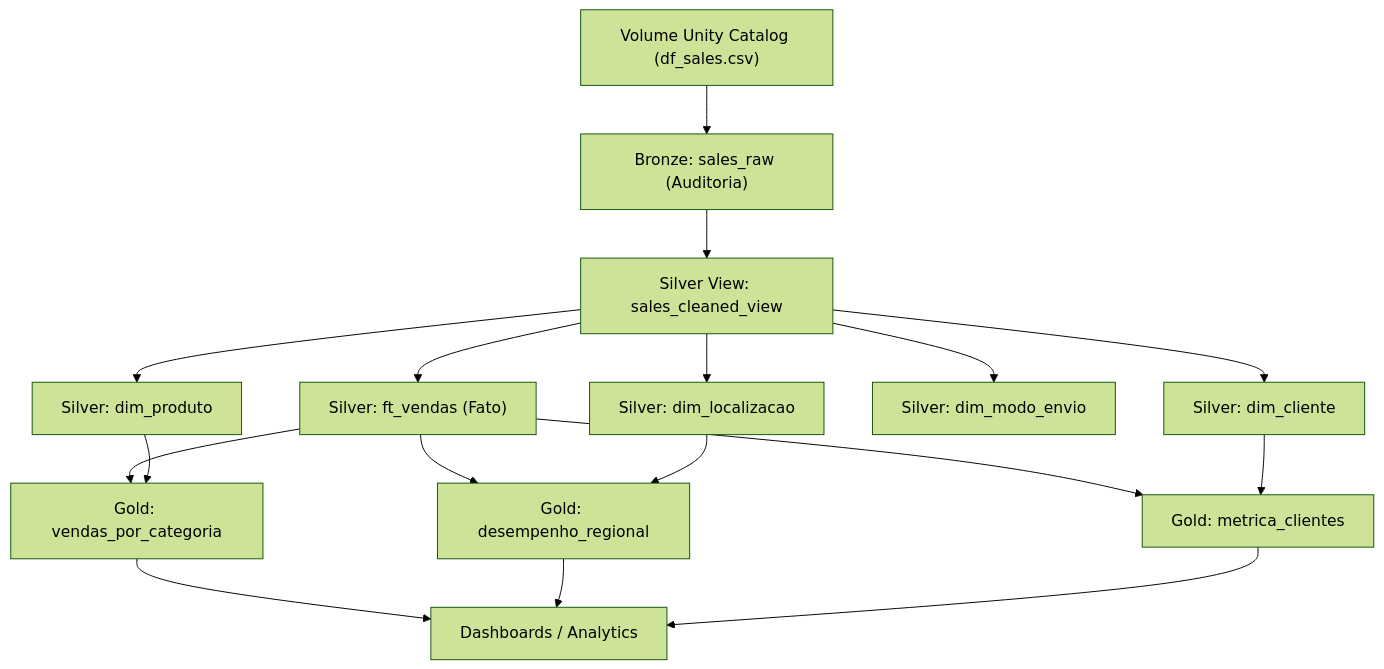
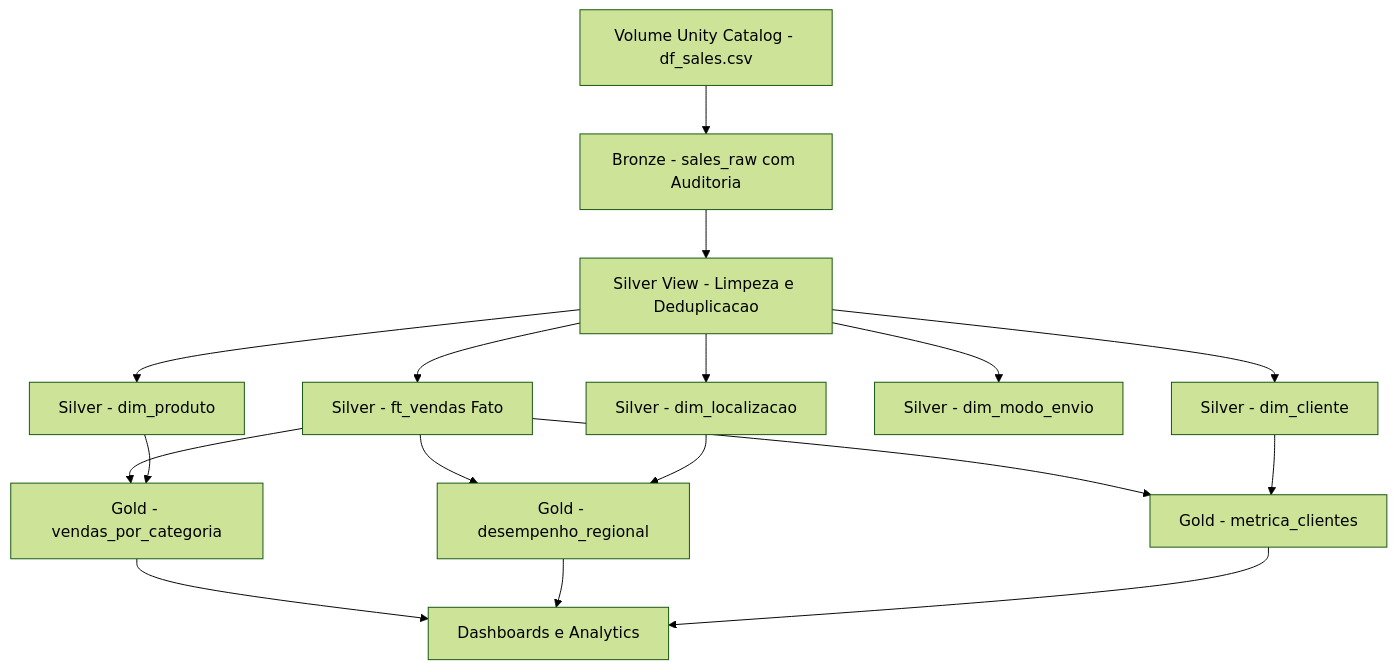
The first of 2 diagrams in README.md (RafaelOCorrea/databricks-lakehouse-dataops), drawn with Mermaid (forest theme) before and after one commit. The commit also changed other lines of this file, not shown here.

Commit message:
docs: sanitize mermaid and markdown formatting for github parser

````diff
--- a/README.md
+++ b/README.md
@@ -15,32 +15,32 @@
 ```mermaid
 flowchart TD
-    RAW["Volume Unity Catalog (df_sales.csv)"]
-    B1["Bronze: sales_raw (Auditoria)"]
-    V_CLEAN["Silver View: sales_cleaned_view"]
-    D_PROD["Silver: dim_produto"]
-    D_CLI["Silver: dim_cliente"]
-    D_LOC["Silver: dim_localizacao"]
-    D_ENV["Silver: dim_modo_envio"]
-    F_VENDAS["Silver: ft_vendas (Fato)"]
-    G_CAT["Gold: vendas_por_categoria"]
-    G_REG["Gold: desempenho_regional"]
-    G_CLI["Gold: metrica_clientes"]
-    BI["Dashboards / Analytics"]
+    RAW[Volume Unity Catalog - df_sales.csv]
+    B1[Bronze - sales_raw com Auditoria]
+    V_CLEAN[Silver View - Limpeza e Deduplicacao]
+    D_PROD[Silver - dim_produto]
+    D_CLI[Silver - dim_cliente]
+    D_LOC[Silver - dim_localizacao]
+    D_ENV[Silver - dim_modo_envio]
+    F_VENDAS[Silver - ft_vendas Fato]
+    G_CAT[Gold - vendas_por_categoria]
+    G_REG[Gold - desempenho_regional]
+    G_CLI[Gold - metrica_clientes]
+    BI[Dashboards e Analytics]
 
     RAW --> B1
     B1 --> V_CLEAN
     V_CLEAN --> D_PROD
     V_CLEAN --> D_CLI
     V_CLEAN --> D_LOC
     V_CLEAN --> D_ENV
     V_CLEAN --> F_VENDAS
     F_VENDAS --> G_CAT
     F_VENDAS --> G_REG
     F_VENDAS --> G_CLI
     D_PROD --> G_CAT
     D_LOC --> G_REG
     D_CLI --> G_CLI
     G_CAT --> BI
     G_REG --> BI
     G_CLI --> BI
 ```
````
